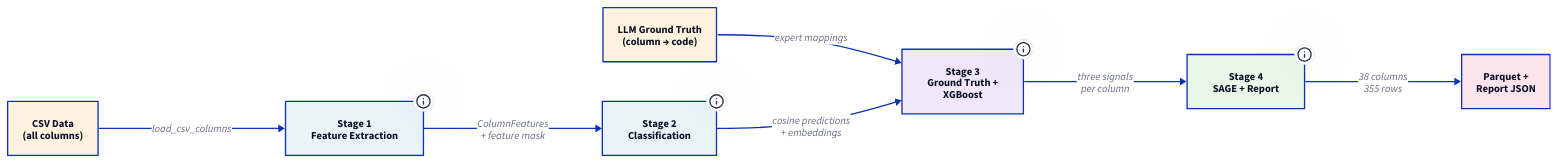
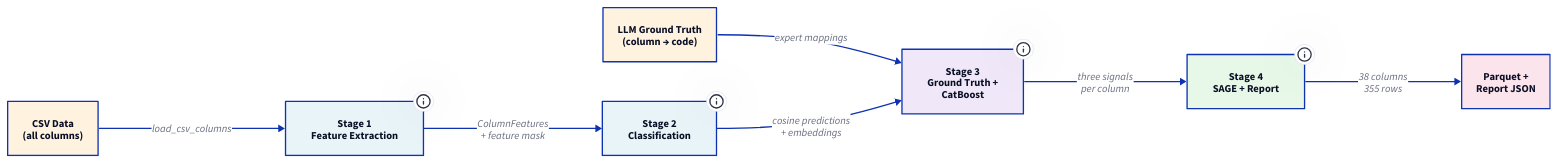
Before and after one commit to weathership/signals: the diagram in docs/current/src/architecture/context-engineering.md, drawn with D2. The commit also changed other lines of this file and 14 other files, not shown here.

First line of the commit message:
Add evidence fusion docs and research roadmap for DST initiative

````diff
--- a/docs/current/src/architecture/context-engineering.md
+++ b/docs/current/src/architecture/context-engineering.md
@@ -85,42 +85,42 @@
 ```d2
 direction: right
 
 s1: "Stage 1\nFeature Extraction" {
   tooltip: "ColumnSample + siblings → ColumnFeatures (11 discrete, ablatable features)"
   style.fill: "#e8f4f8"
 }
 
 s2: "Stage 2\nClassification" {
   tooltip: "Cosine embedding similarity + name-match boost"
   style.fill: "#e8f4f8"
 }
 
-s3: "Stage 3\nGround Truth +\nXGBoost" {
-  tooltip: "LLM GT evaluation + XGBoost (CV or train→eval with synthetic data)"
+s3: "Stage 3\nGround Truth +\nCatBoost" {
+  tooltip: "LLM GT evaluation + CatBoost (CV or train→eval with synthetic data)"
   style.fill: "#f0e8f8"
 }
 
 s4: "Stage 4\nSAGE + Report" {
   tooltip: "SAGE feature importance (pseudo-GT) + JSON report + parquet output"
   style.fill: "#e8f8e8"
 }
 
 csv: "CSV Data\n(all columns)" {
   style.fill: "#fff3e0"
 }
 
 gt: "LLM Ground Truth\n(column → code)" {
   style.fill: "#fff3e0"
 }
 
 out: "Parquet +\nReport JSON" {
   style.fill: "#fce4ec"
 }
 
 csv -> s1: "load_csv_columns"
 s1 -> s2: "ColumnFeatures\n+ feature mask"
 gt -> s3: "expert mappings"
 s2 -> s3: "cosine predictions\n+ embeddings"
 s3 -> s4: "three signals\nper column"
 s4 -> out: "38 columns\n355 rows"
 ```
````
